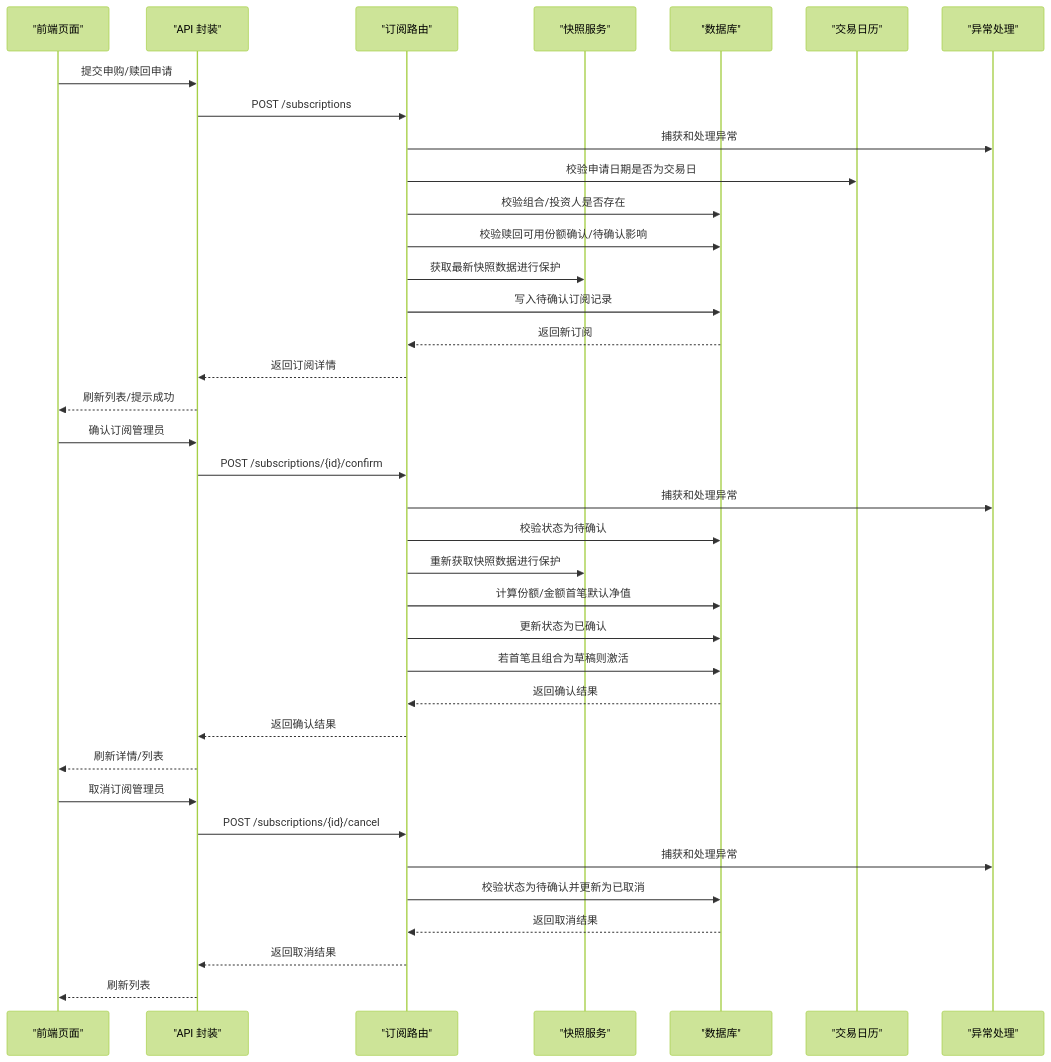
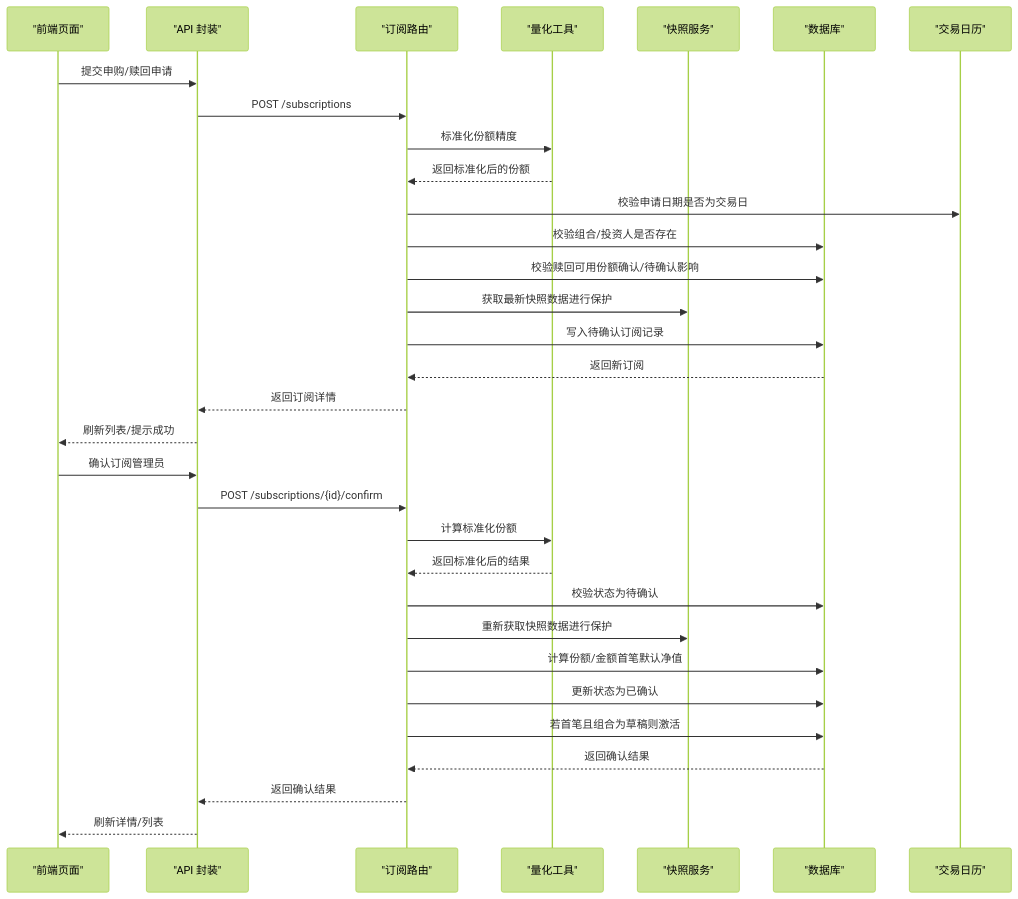
Before and after one commit to gujialind/InvestRing: the second of 7 diagrams in .qoder/repowiki/zh/content/核心业务功能/订阅管理.md, drawn with Mermaid (forest theme). The commit also changed other lines of this file and 19 other files, not shown here.

````diff
--- a/.qoder/repowiki/zh/content/核心业务功能/订阅管理.md
+++ b/.qoder/repowiki/zh/content/核心业务功能/订阅管理.md
@@ -137,39 +151,34 @@
 ```mermaid
 sequenceDiagram
 participant FE as "前端页面"
 participant API as "API 封装"
 participant Router as "订阅路由"
+participant Utils as "量化工具"
 participant Snap as "快照服务"
 participant DB as "数据库"
 participant Cal as "交易日历"
-participant Ex as "异常处理"
 FE->>API : 提交申购/赎回申请
 API->>Router : POST /subscriptions
-Router->>Ex : 捕获和处理异常
+Router->>Utils : 标准化份额精度
+Utils-->>Router : 返回标准化后的份额
 Router->>Cal : 校验申请日期是否为交易日
 Router->>DB : 校验组合/投资人是否存在
 Router->>DB : 校验赎回可用份额确认/待确认影响
 Router->>Snap : 获取最新快照数据进行保护
 Router->>DB : 写入待确认订阅记录
 DB-->>Router : 返回新订阅
 Router-->>API : 返回订阅详情
 API-->>FE : 刷新列表/提示成功
 FE->>API : 确认订阅管理员
 API->>Router : POST /subscriptions/{id}/confirm
-Router->>Ex : 捕获和处理异常
+Router->>Utils : 计算标准化份额
+Utils-->>Router : 返回标准化后的结果
 Router->>DB : 校验状态为待确认
 Router->>Snap : 重新获取快照数据进行保护
 Router->>DB : 计算份额/金额首笔默认净值
 Router->>DB : 更新状态为已确认
 Router->>DB : 若首笔且组合为草稿则激活
 DB-->>Router : 返回确认结果
 Router-->>API : 返回确认结果
 API-->>FE : 刷新详情/列表
-FE->>API : 取消订阅管理员
-API->>Router : POST /subscriptions/{id}/cancel
-Router->>Ex : 捕获和处理异常
-Router->>DB : 校验状态为待确认并更新为已取消
-DB-->>Router : 返回取消结果
-Router-->>API : 返回取消结果
-API-->>FE : 刷新列表
 ```
````
